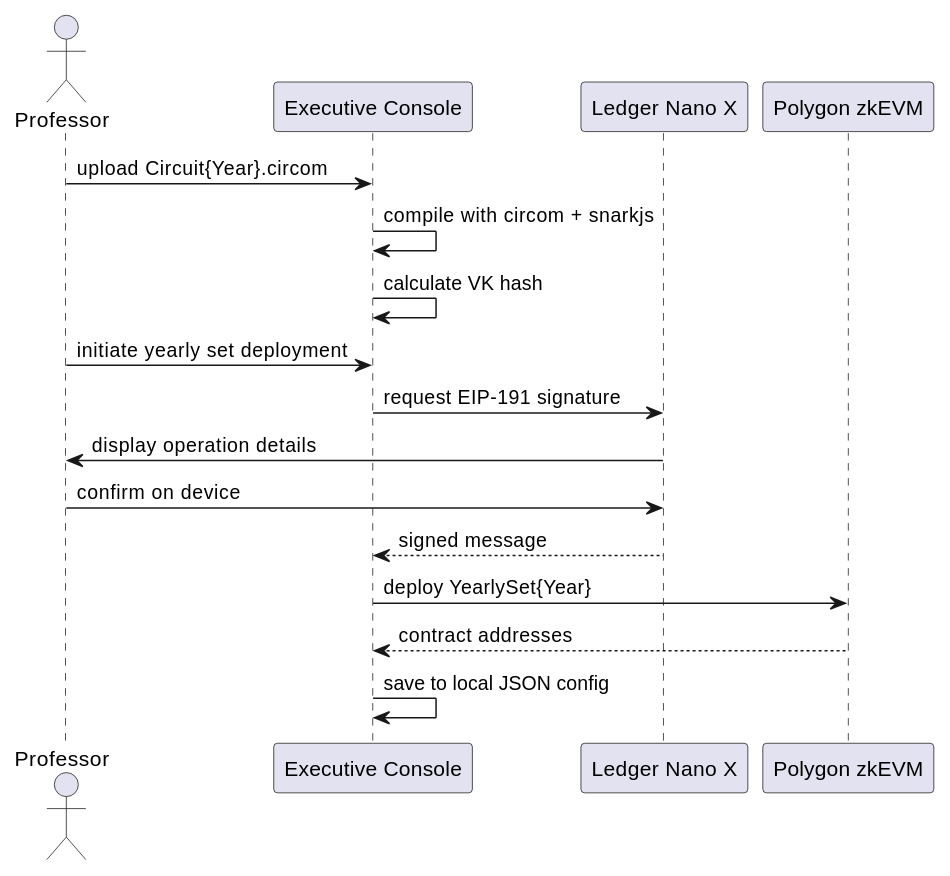
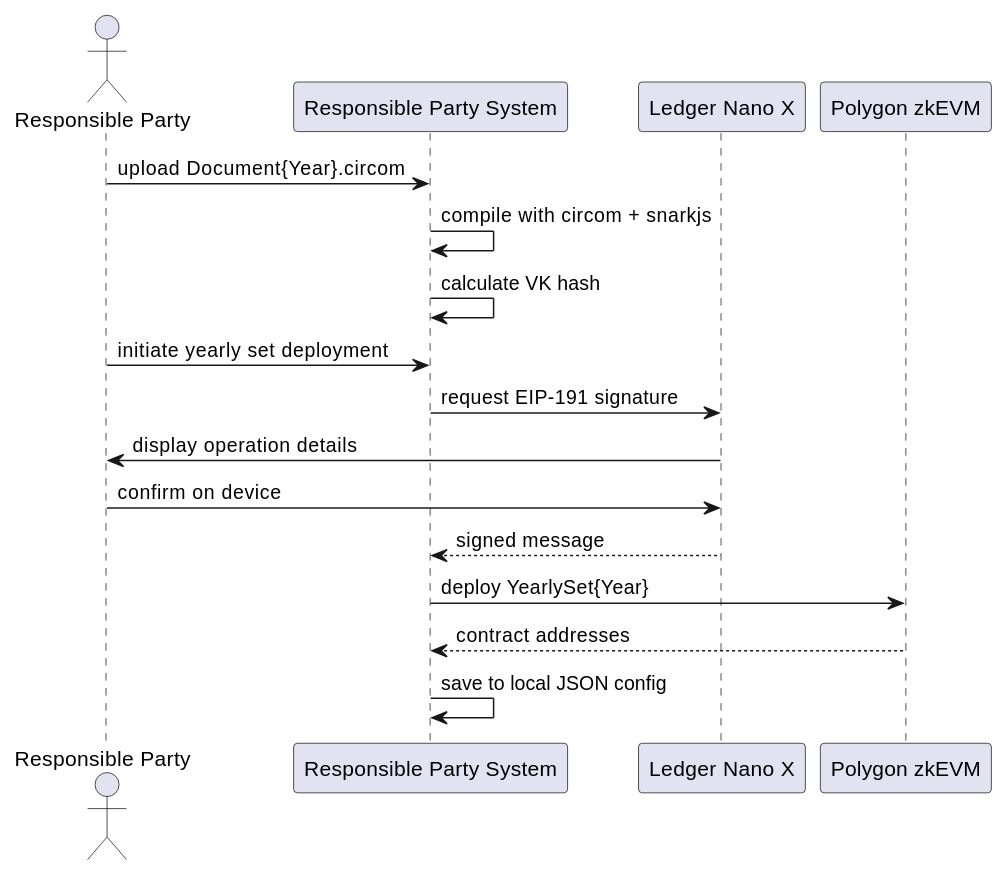
Before and after one commit to Blank-Vulture/Tri-CertFramework: the third of 3 diagrams in documents/FSDv2.md, drawn with PlantUML. The commit also changed other lines of this file and 14 other files, not shown here.

````diff
--- a/documents/FSDv2.md
+++ b/documents/FSDv2.md
@@ -87,20 +89,20 @@
 ```plantuml
 @startuml
-actor Professor
-participant "Executive Console" as EC
+actor "Responsible Party" as RP
+participant "Responsible Party System" as RPS
 participant "Ledger Nano X" as Ledger
 participant "Polygon zkEVM" as Chain
 
-Professor -> EC : upload Circuit{Year}.circom
-EC -> EC : compile with circom + snarkjs
-EC -> EC : calculate VK hash
-Professor -> EC : initiate yearly set deployment
-EC -> Ledger : request EIP-191 signature
-Ledger -> Professor : display operation details
-Professor -> Ledger : confirm on device
-Ledger --> EC : signed message
-EC -> Chain : deploy YearlySet{Year}
-Chain --> EC : contract addresses
-EC -> EC : save to local JSON config
+RP -> RPS : upload Document{Year}.circom
+RPS -> RPS : compile with circom + snarkjs
+RPS -> RPS : calculate VK hash
+RP -> RPS : initiate yearly set deployment
+RPS -> Ledger : request EIP-191 signature
+Ledger -> RP : display operation details
+RP -> Ledger : confirm on device
+Ledger --> RPS : signed message
+RPS -> Chain : deploy YearlySet{Year}
+Chain --> RPS : contract addresses
+RPS -> RPS : save to local JSON config
 @enduml
 ```
````
